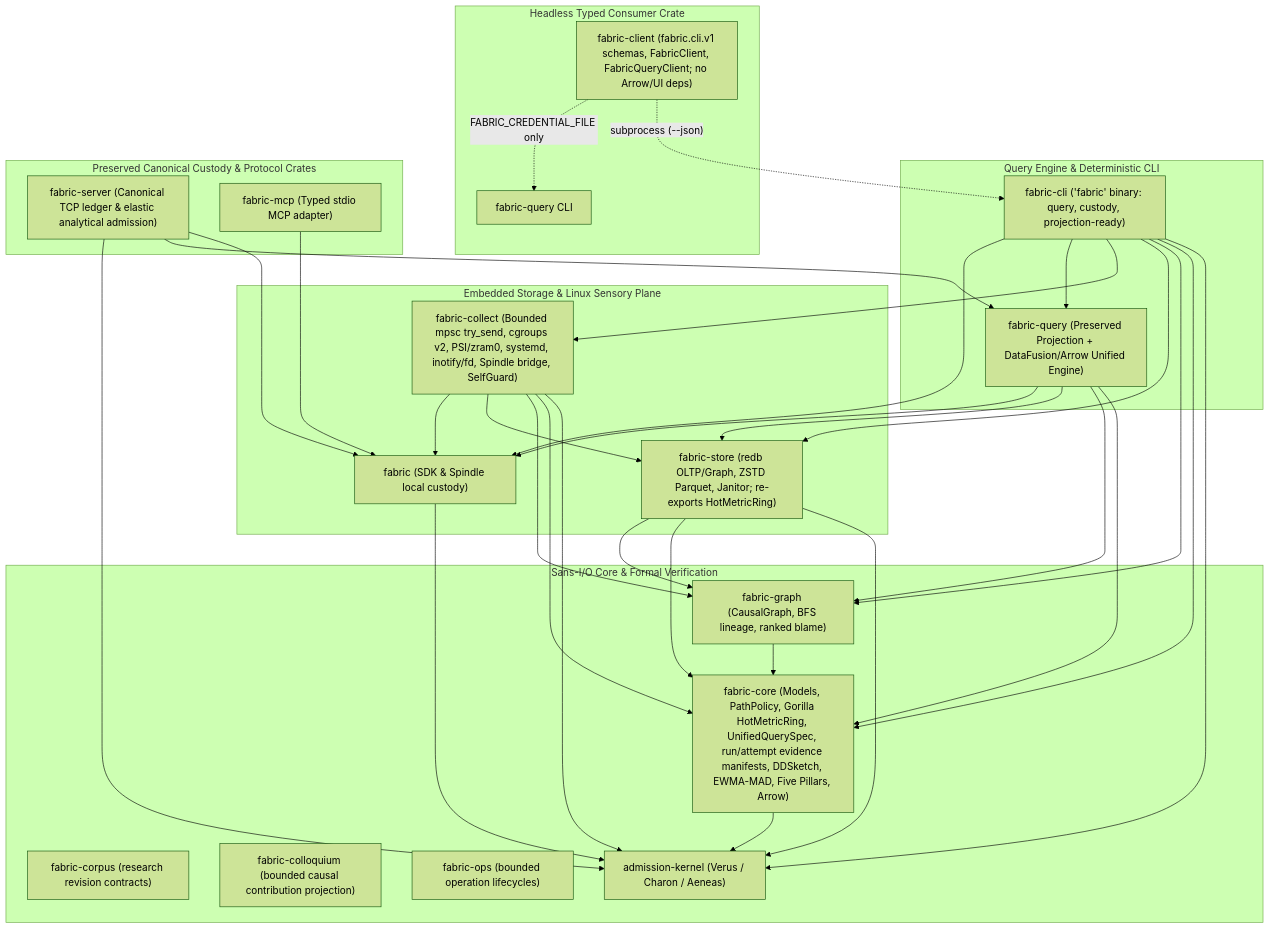
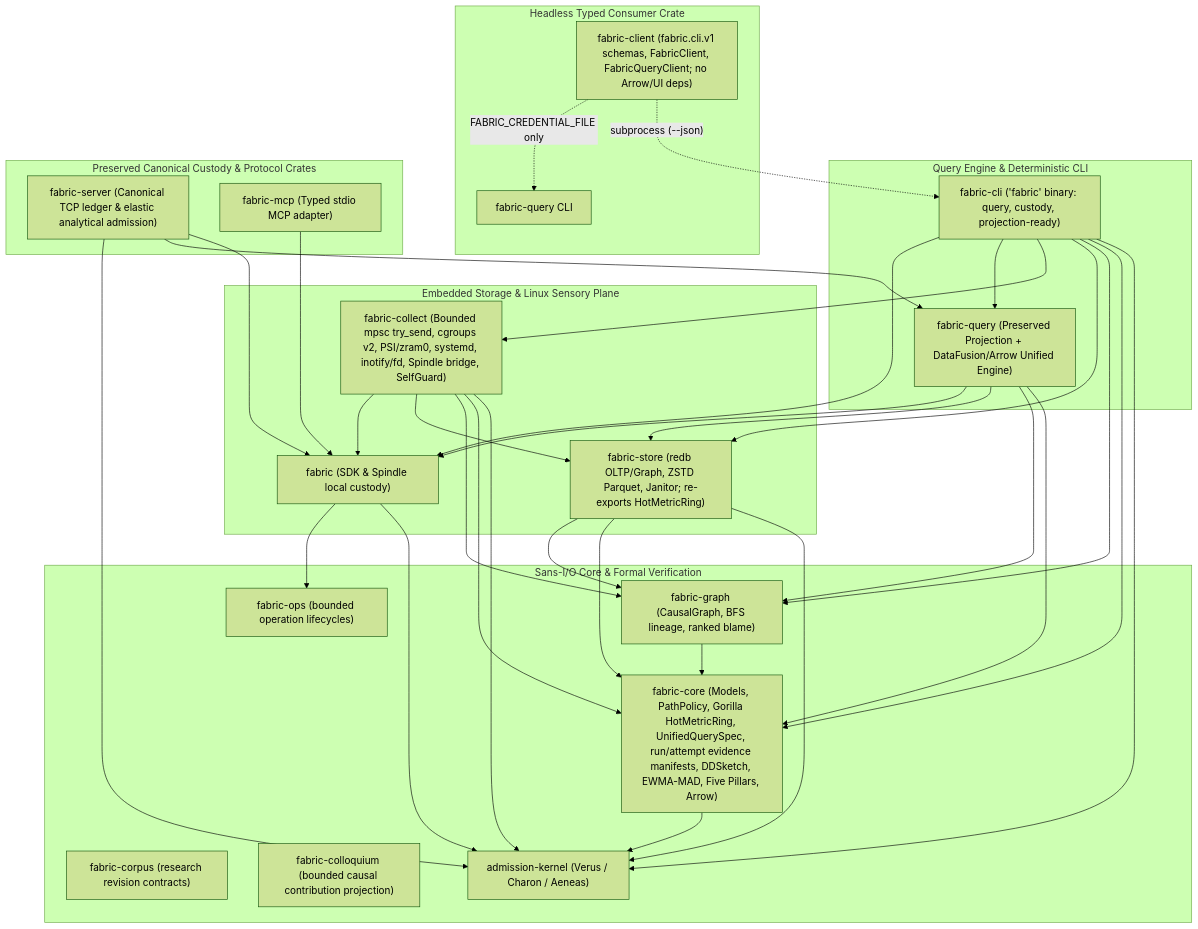
The first of 12 diagrams in docs/architecture.md (kmosoti/FabricO11y), drawn with Mermaid (forest theme) before and after one commit. The commit also changed other lines of this file and 9 other files, not shown here.

````diff
--- a/docs/architecture.md
+++ b/docs/architecture.md
@@ -9,59 +9,60 @@
 ```mermaid
 flowchart TD
     subgraph SansIO["Sans-I/O Core & Formal Verification"]
         CP["fabric-corpus (research revision contracts)"]
         CC["fabric-colloquium (bounded causal contribution projection)"]
         OPS["fabric-ops (bounded operation lifecycles)"]
         AK["admission-kernel (Verus / Charon / Aeneas)"]
         FC["fabric-core (Models, PathPolicy, Gorilla HotMetricRing, UnifiedQuerySpec, run/attempt evidence manifests, DDSketch, EWMA-MAD, Five Pillars, Arrow)"]
         FG["fabric-graph (CausalGraph, BFS lineage, ranked blame)"]
         FC --> AK
         FG --> FC
     end
 
     subgraph StorageAndCollection["Embedded Storage & Linux Sensory Plane"]
         FS["fabric-store (redb OLTP/Graph, ZSTD Parquet, Janitor; re-exports HotMetricRing)"]
         COL["fabric-collect (Bounded mpsc try_send, cgroups v2, PSI/zram0, systemd, inotify/fd, Spindle bridge, SelfGuard)"]
         FS --> AK
         FS --> FC
         FS --> FG
         COL --> AK
         COL --> FC
         COL --> FG
         COL --> FS
         COL --> FAB
     end
 
     subgraph QueryAndCLI["Query Engine & Deterministic CLI"]
         FQ["fabric-query (Preserved Projection + DataFusion/Arrow Unified Engine)"]
         CLI["fabric-cli ('fabric' binary: query, custody, projection-ready)"]
         FQ --> FC
         FQ --> FG
         FQ --> FS
         FQ --> FAB
         CLI --> AK
         CLI --> FC
         CLI --> FG
         CLI --> FS
         CLI --> COL
         CLI --> FQ
         CLI --> FAB
     end
 
     subgraph HeadlessClient["Headless Typed Consumer Crate"]
         FCL["fabric-client (fabric.cli.v1 schemas, FabricClient, FabricQueryClient; no Arrow/UI deps)"]
         FCL -. "subprocess (--json)" .-> CLI
         FCL -. "FABRIC_CREDENTIAL_FILE only" .-> FQBIN["fabric-query CLI"]
     end
 
     subgraph PreservedCustody["Preserved Canonical Custody & Protocol Crates"]
         FAB["fabric (SDK & Spindle local custody)"]
         SRV["fabric-server (Canonical TCP ledger & elastic analytical admission)"]
         MCP["fabric-mcp (Typed stdio MCP adapter)"]
         FAB --> AK
+        FAB --> OPS
         SRV --> FAB
         SRV --> FQ
         SRV --> AK
         MCP --> FAB
     end
 ```
````
